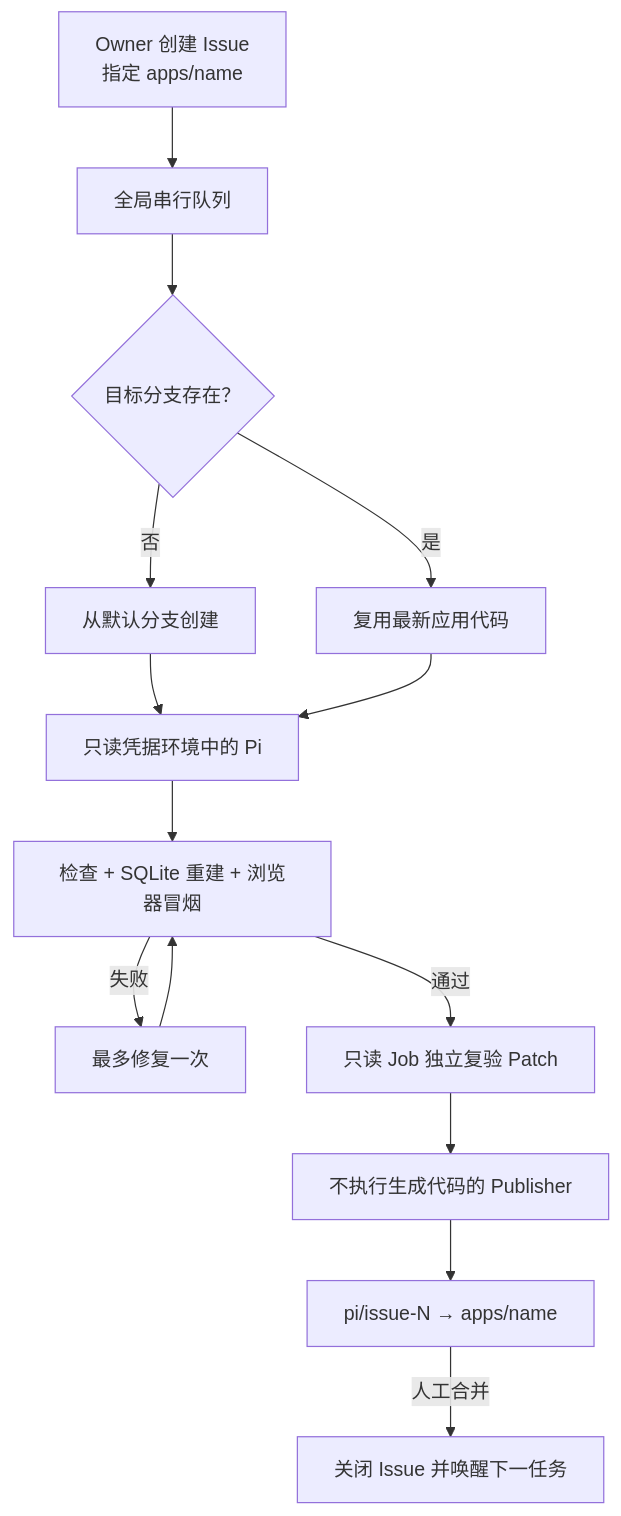
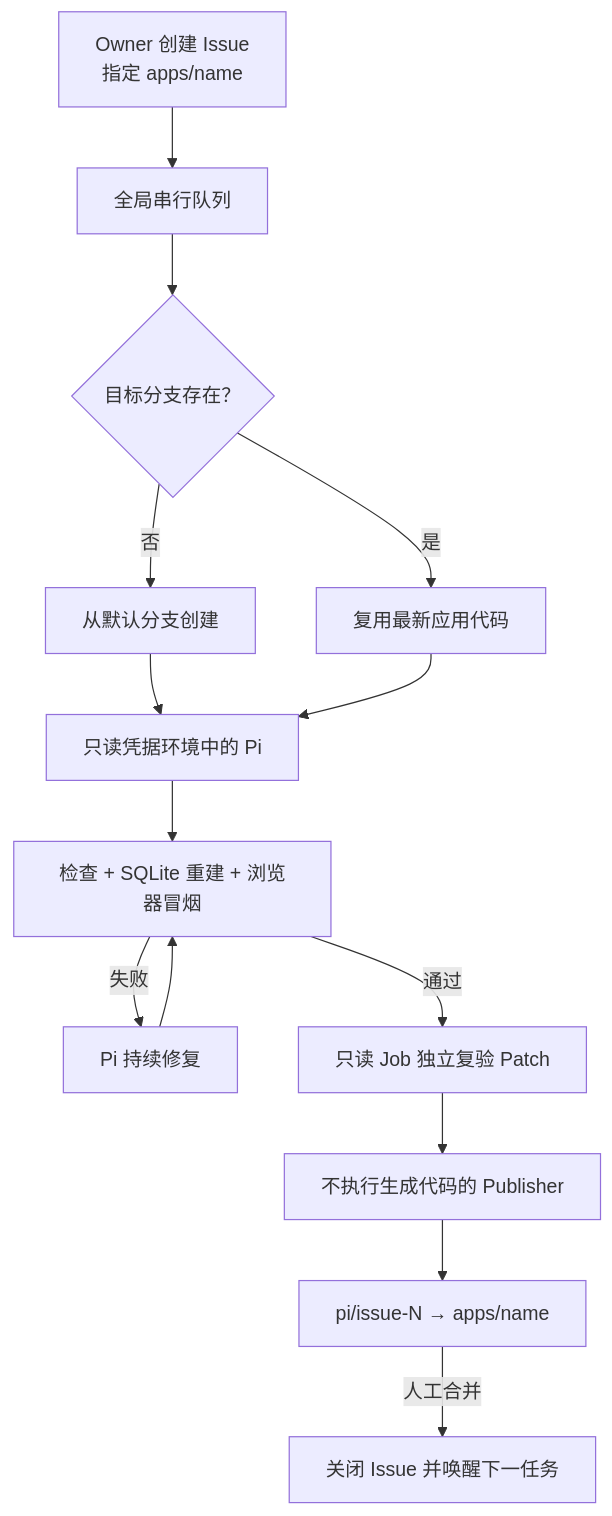
The diagram in README.MD (gchust/nb3-factory), drawn with Mermaid before and after one commit. The commit also changed other lines of this file and 7 other files, not shown here.

````diff
--- a/README.MD
+++ b/README.MD
@@ -5,16 +5,16 @@
 ```mermaid
 flowchart TD
     Issue["Owner 创建 Issue<br/>指定 apps/name"] --> Queue["全局串行队列"]
     Queue --> Branch{"目标分支存在？"}
     Branch -->|否| Create["从默认分支创建"]
     Branch -->|是| Reuse["复用最新应用代码"]
     Create --> Pi["只读凭据环境中的 Pi"]
     Reuse --> Pi
     Pi --> Verify["检查 + SQLite 重建 + 浏览器冒烟"]
-    Verify -->|失败| Repair["最多修复一次"]
+    Verify -->|失败| Repair["Pi 持续修复"]
     Repair --> Verify
     Verify -->|通过| Final["只读 Job 独立复验 Patch"]
     Final --> Publish["不执行生成代码的 Publisher"]
     Publish --> PR["pi/issue-N → apps/name"]
     PR -->|人工合并| Done["关闭 Issue 并唤醒下一任务"]
 ```
````
